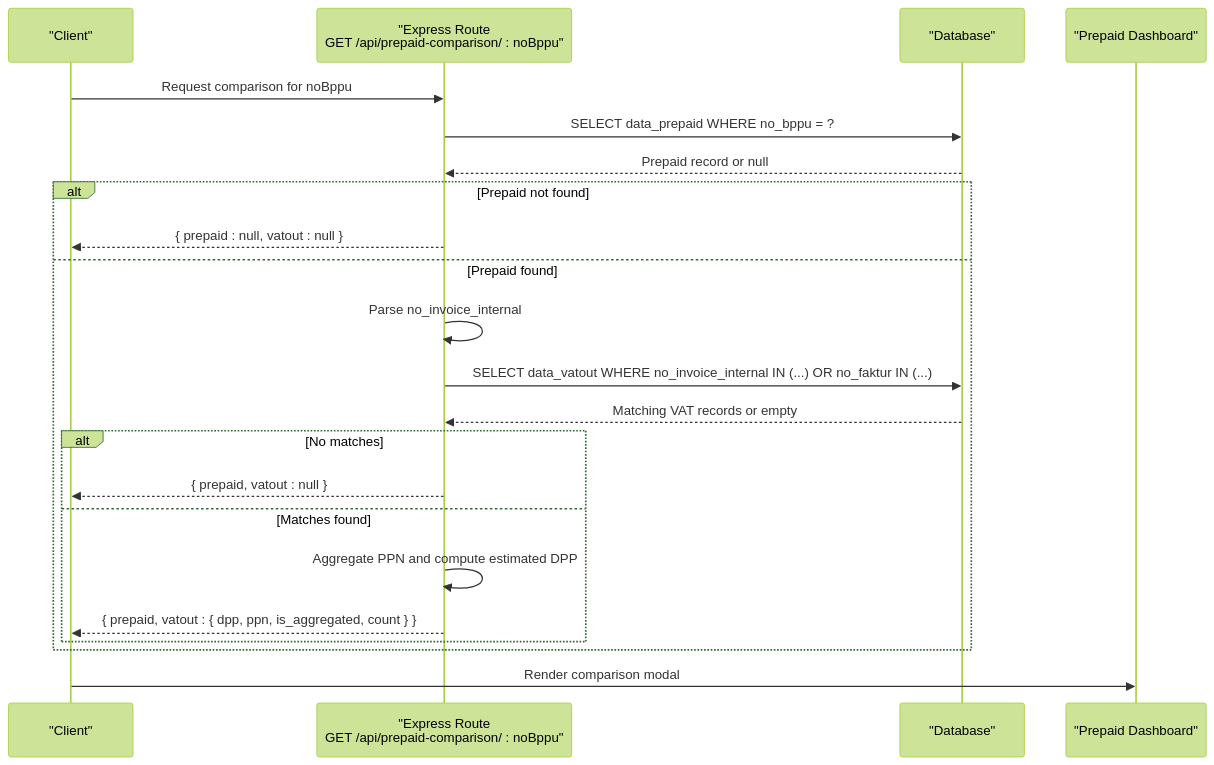
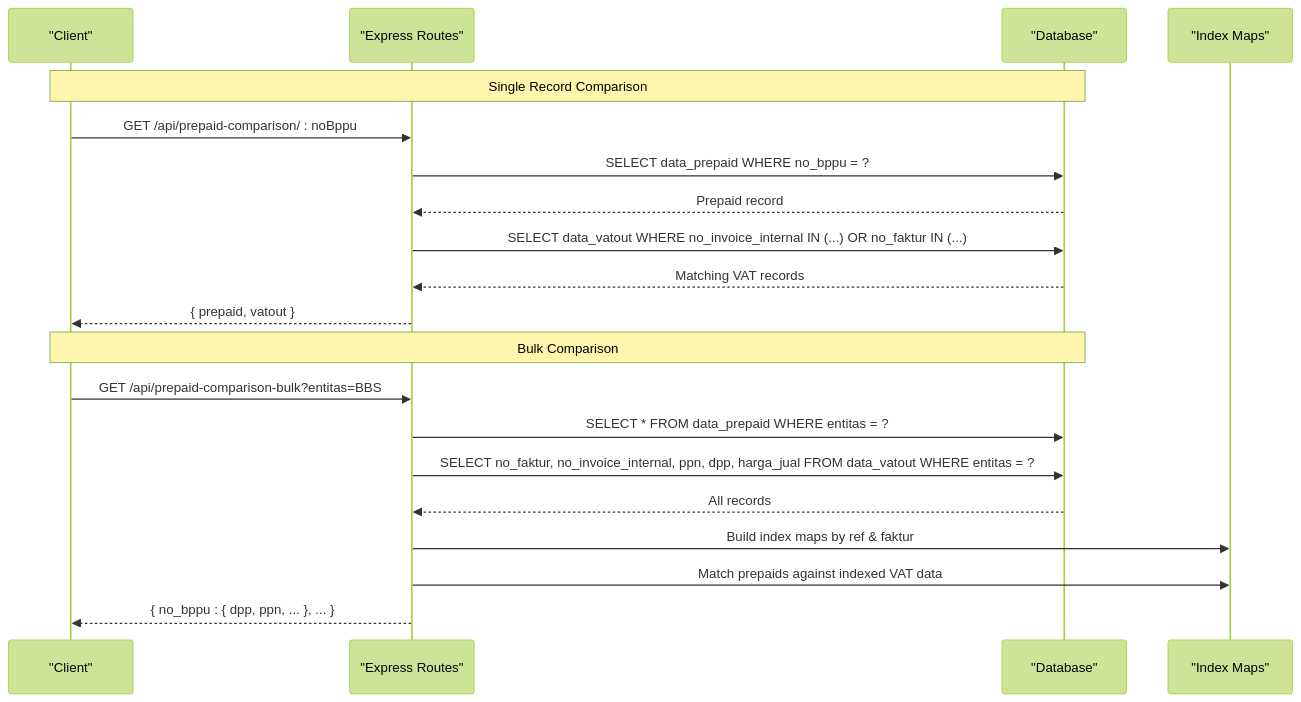
The second of 5 diagrams in .qoder/repowiki/en/content/API Reference/REST API Endpoints/Specialized Comparison APIs.md (rendisiagian/TDS_by_RENDISIAGIAN), drawn with Mermaid (forest theme) before and after one commit. The commit also changed other lines of this file and 91 other files, not shown here.

First line of the commit message:
feat(vat): implement invoice cancellation and JO member allocation system

````diff
--- a/.qoder/repowiki/en/content/API Reference/REST API Endpoints/Specialized Comparison APIs.md
+++ b/.qoder/repowiki/en/content/API Reference/REST API Endpoints/Specialized Comparison APIs.md
@@ -73,24 +121,22 @@
 ```mermaid
 sequenceDiagram
 participant Client as "Client"
-participant API as "Express Route<br/>GET /api/prepaid-comparison/ : noBppu"
+participant API as "Express Routes"
 participant DB as "Database"
-participant UI as "Prepaid Dashboard"
-Client->>API : Request comparison for noBppu
+participant Cache as "Index Maps"
+Note over Client,DB : Single Record Comparison
+Client->>API : GET /api/prepaid-comparison/ : noBppu
 API->>DB : SELECT data_prepaid WHERE no_bppu = ?
-DB-->>API : Prepaid record or null
-alt Prepaid not found
-API-->>Client : { prepaid : null, vatout : null }
-else Prepaid found
-API->>API : Parse no_invoice_internal
+DB-->>API : Prepaid record
 API->>DB : SELECT data_vatout WHERE no_invoice_internal IN (...) OR no_faktur IN (...)
-DB-->>API : Matching VAT records or empty
-alt No matches
-API-->>Client : { prepaid, vatout : null }
-else Matches found
-API->>API : Aggregate PPN and compute estimated DPP
-API-->>Client : { prepaid, vatout : { dpp, ppn, is_aggregated, count } }
-end
-end
-Client->>UI : Render comparison modal
+DB-->>API : Matching VAT records
+API-->>Client : { prepaid, vatout }
+Note over Client,DB : Bulk Comparison
+Client->>API : GET /api/prepaid-comparison-bulk?entitas=BBS
+API->>DB : SELECT * FROM data_prepaid WHERE entitas = ?
+API->>DB : SELECT no_faktur, no_invoice_internal, ppn, dpp, harga_jual FROM data_vatout WHERE entitas = ?
+DB-->>API : All records
+API->>Cache : Build index maps by ref & faktur
+API->>Cache : Match prepaids against indexed VAT data
+API-->>Client : { no_bppu : { dpp, ppn, ... }, ... }
 ```
````
